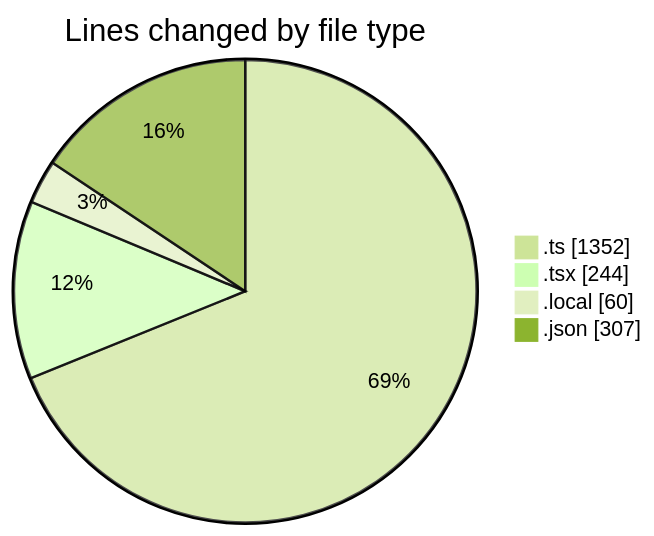
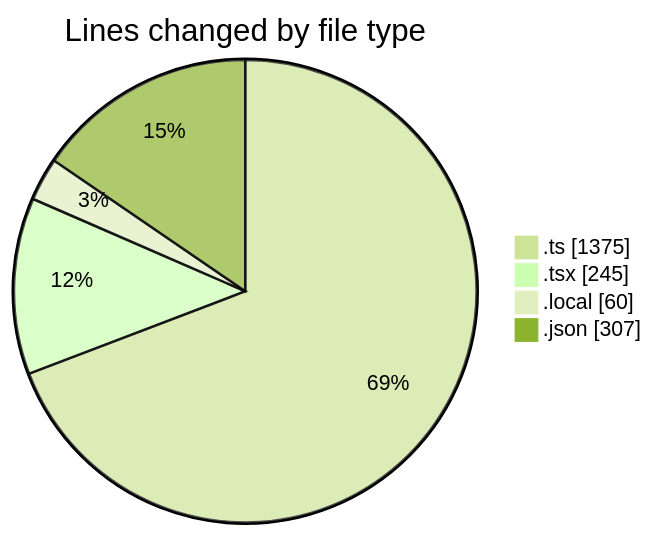
One commit to julien-gomy/code-tracking changed the first of 2 diagrams in 2025-11-26/eventscop-frontend-guide__workspace_/README.md. Above: the diagram before and after it, drawn with Mermaid (forest theme). The commit also changed other lines of this file and 1 other file, not shown here.

````diff
--- a/2025-11-26/eventscop-frontend-guide__workspace_/README.md
+++ b/2025-11-26/eventscop-frontend-guide__workspace_/README.md
@@ -27,8 +27,8 @@
 ```mermaid
 pie showData
 title Lines changed by file type
-".ts" : 1352
-".tsx" : 244
+".ts" : 1375
+".tsx" : 245
 ".local" : 60
 ".json" : 307
 ```
````
